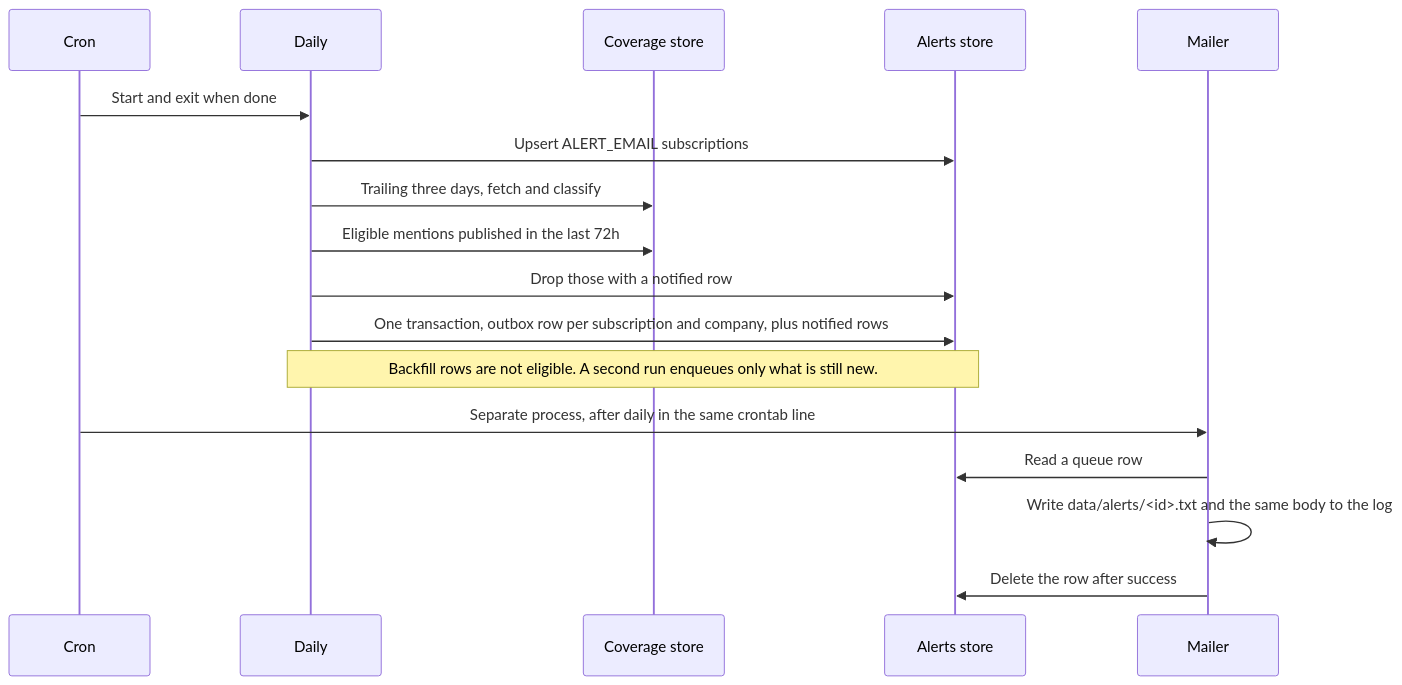
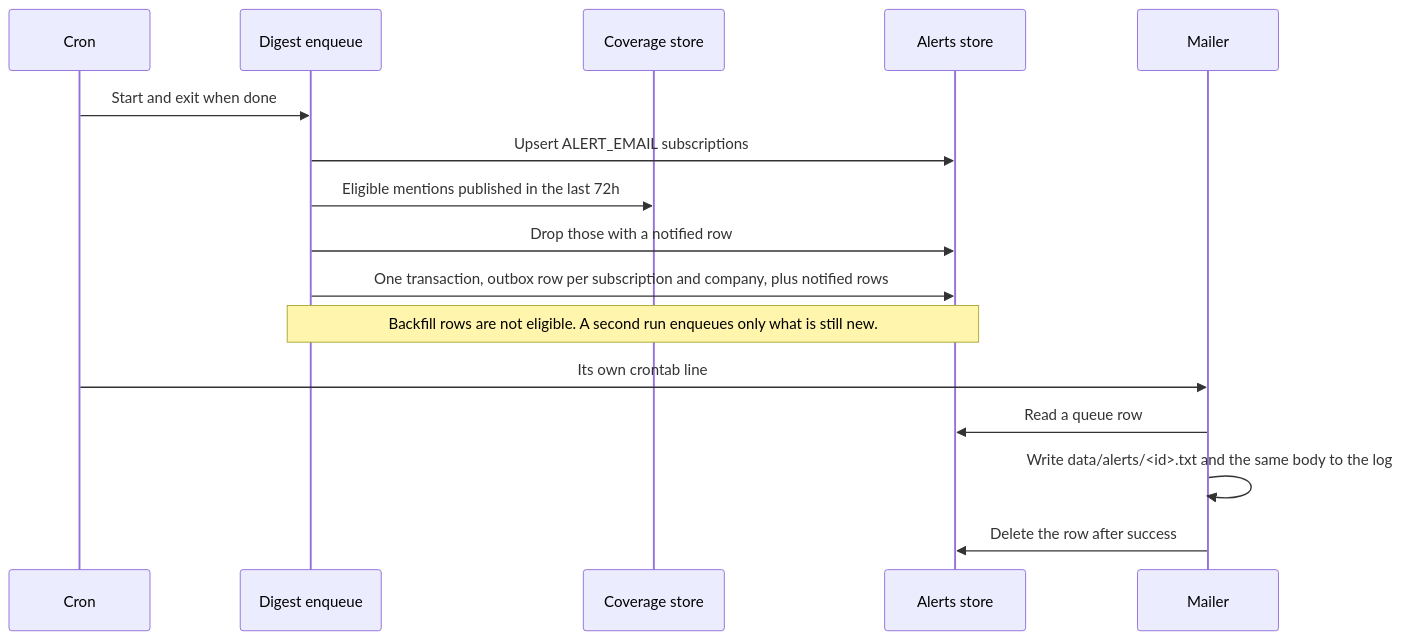
One commit to itayavtalyon/press-mentions changed the fourth of 8 diagrams in docs/ARCHITECTURE.md. Above: the diagram before and after it, drawn with Mermaid. The commit also changed other lines of this file and 52 other files, not shown here.

````diff
--- a/docs/ARCHITECTURE.md
+++ b/docs/ARCHITECTURE.md
@@ -119,20 +123,19 @@
 ```mermaid
 sequenceDiagram
   participant Cron
-  participant Daily
+  participant Digest as Digest enqueue
   participant Coverage as Coverage store
   participant Alerts as Alerts store
   participant Mail as Mailer
 
-  Cron->>Daily: Start and exit when done
-  Daily->>Alerts: Upsert ALERT_EMAIL subscriptions
-  Daily->>Coverage: Trailing three days, fetch and classify
-  Daily->>Coverage: Eligible mentions published in the last 72h
-  Daily->>Alerts: Drop those with a notified row
-  Daily->>Alerts: One transaction, outbox row per subscription and company, plus notified rows
-  Note over Daily,Alerts: Backfill rows are not eligible. A second run enqueues only what is still new.
-  Cron->>Mail: Separate process, after daily in the same crontab line
+  Cron->>Digest: Start and exit when done
+  Digest->>Alerts: Upsert ALERT_EMAIL subscriptions
+  Digest->>Coverage: Eligible mentions published in the last 72h
+  Digest->>Alerts: Drop those with a notified row
+  Digest->>Alerts: One transaction, outbox row per subscription and company, plus notified rows
+  Note over Digest,Alerts: Backfill rows are not eligible. A second run enqueues only what is still new.
+  Cron->>Mail: Its own crontab line
   Mail->>Alerts: Read a queue row
   Mail->>Mail: Write data/alerts/<id>.txt and the same body to the log
   Mail->>Alerts: Delete the row after success
 ```
````
